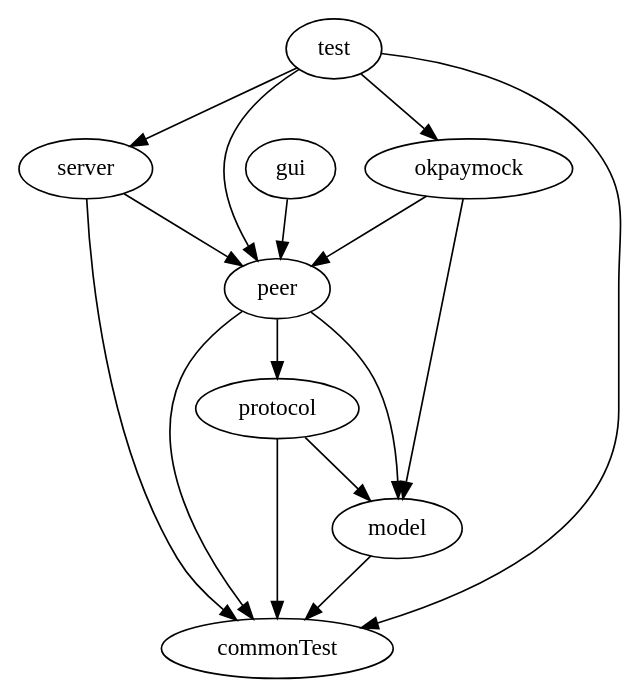
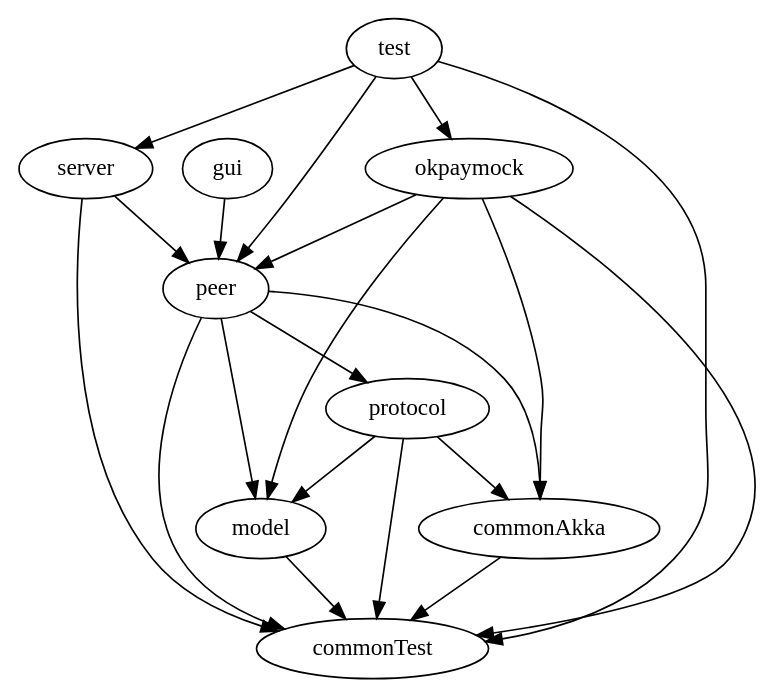
One commit to Gutalean/coinffeine changed the diagram in doc/graphviz/modules.dot. Above: the diagram before and after it, drawn with Graphviz. The commit also changed 20 other files, not shown here.

Commit message:
Introduce common-akka module

```diff
--- a/doc/graphviz/modules.dot
+++ b/doc/graphviz/modules.dot
@@ -1,9 +1,10 @@
 digraph {
     server -> peer, commonTest;
-    peer -> model, protocol, commonTest;
-    protocol -> model, commonTest;
+    peer -> model, protocol, commonAkka, commonTest;
+    protocol -> model, commonAkka, commonTest;
     model -> commonTest;
     gui -> peer;
     test -> peer, server, commonTest, okpaymock;
-    okpaymock -> model, peer;
+    okpaymock -> model, peer, commonAkka, commonTest;
+    commonAkka -> commonTest;
 }
```
